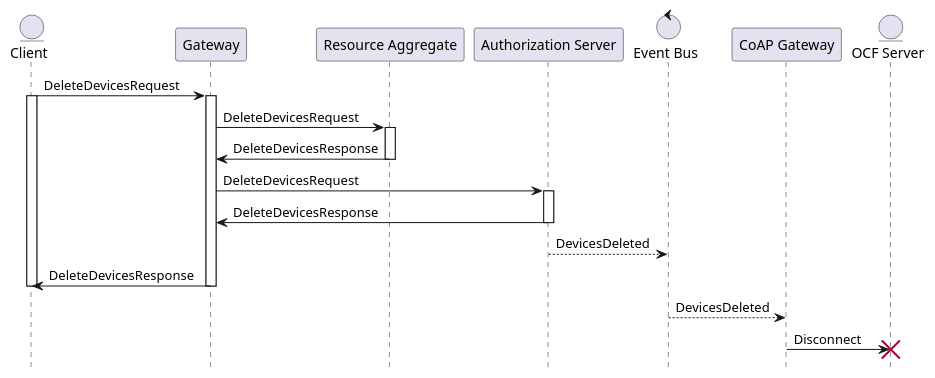
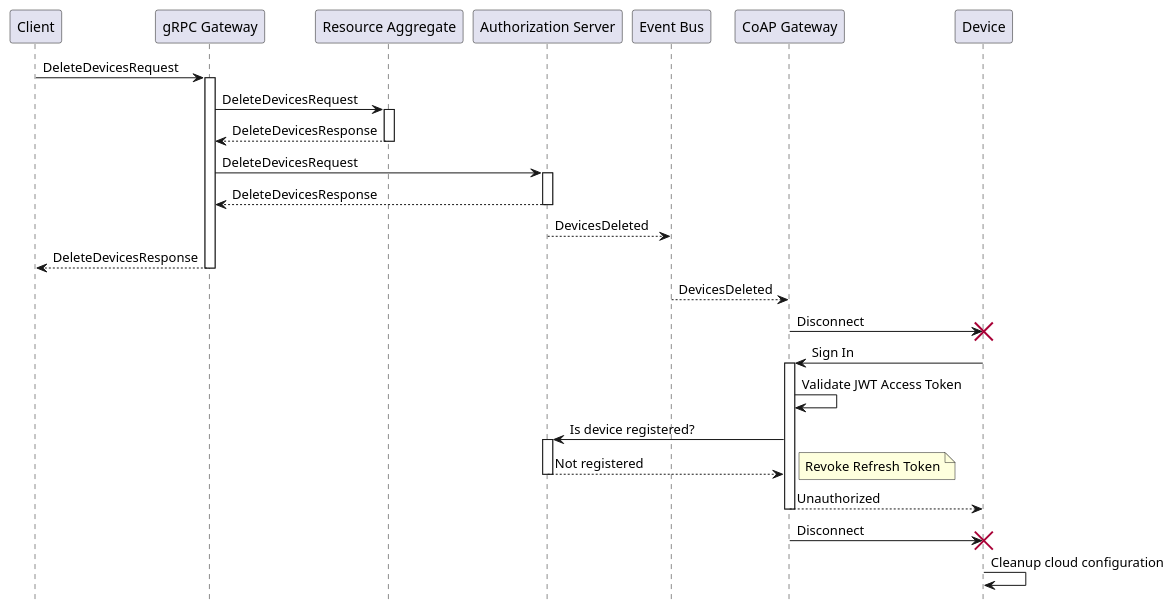
Before and after one commit to plgd-dev/doc: the sixth of 7 diagrams in content/en/architecture/component-overview.md, drawn with PlantUML. The commit also changed other lines of this file, not shown here.

Commit message:
extend diagram

```diff
--- a/content/en/architecture/component-overview.md
+++ b/content/en/architecture/component-overview.md
@@ -238,33 +243,38 @@
 {{< plantuml id="device-delete" >}}
 @startuml
 skinparam backgroundColor transparent
 hide footbox
 
-entity "Client" as Client
-participant "Gateway" as Gateway
-participant "Resource Aggregate" as ResourceAggregate
-participant "Authorization Server" as AuthServer
-control "Event Bus" as Bus
-participant "CoAP Gateway" as CGateway
-entity "OCF Server" as Server
+participant C as "Client"
+participant GGW as "gRPC Gateway"
+participant RA as "Resource Aggregate"
+participant AS as "Authorization Server"
+participant EB as "Event Bus"
+participant CGW as "CoAP Gateway"
+participant D as "Device"
 
-Client -> Gateway: DeleteDevicesRequest
-activate Client
-activate Gateway
-Gateway -> ResourceAggregate : DeleteDevicesRequest
-activate ResourceAggregate
-ResourceAggregate -> Gateway : DeleteDevicesResponse
-deactivate ResourceAggregate
-Gateway -> AuthServer : DeleteDevicesRequest
-activate AuthServer
-AuthServer -> Gateway : DeleteDevicesResponse
-deactivate AuthServer
-AuthServer --> Bus: DevicesDeleted
-Gateway -> Client: DeleteDevicesResponse
-deactivate Gateway
-deactivate Client
-Bus --> CGateway: DevicesDeleted
-CGateway -> Server : Disconnect
-destroy Server
+C -> GGW ++: DeleteDevicesRequest
+GGW -> RA ++: DeleteDevicesRequest
+return DeleteDevicesResponse
+GGW -> AS ++: DeleteDevicesRequest
+return DeleteDevicesResponse
+AS --> EB: DevicesDeleted
+return DeleteDevicesResponse
+EB --> CGW: DevicesDeleted
+CGW -> D: Disconnect
+destroy D
+
+D -> CGW ++: Sign In
+CGW -> CGW: Validate JWT Access Token
+CGW -> AS ++: Is device registered?
+return Not registered
+note right
+  Revoke Refresh Token
+end note
+return Unauthorized
+CGW -> D: Disconnect
+destroy D
+
+D -> D: Cleanup cloud configuration
 @enduml
 {{< /plantuml >}}
```
